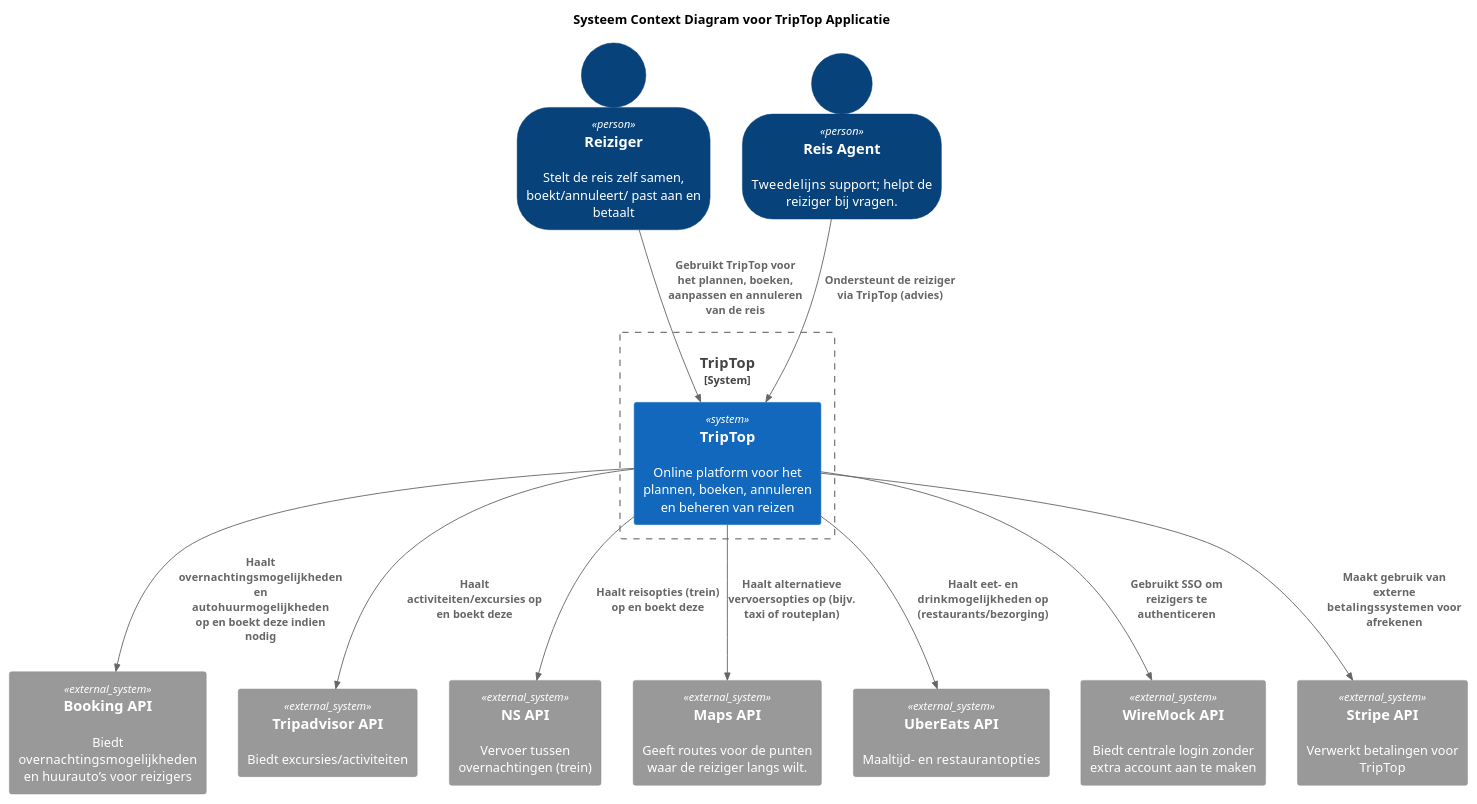
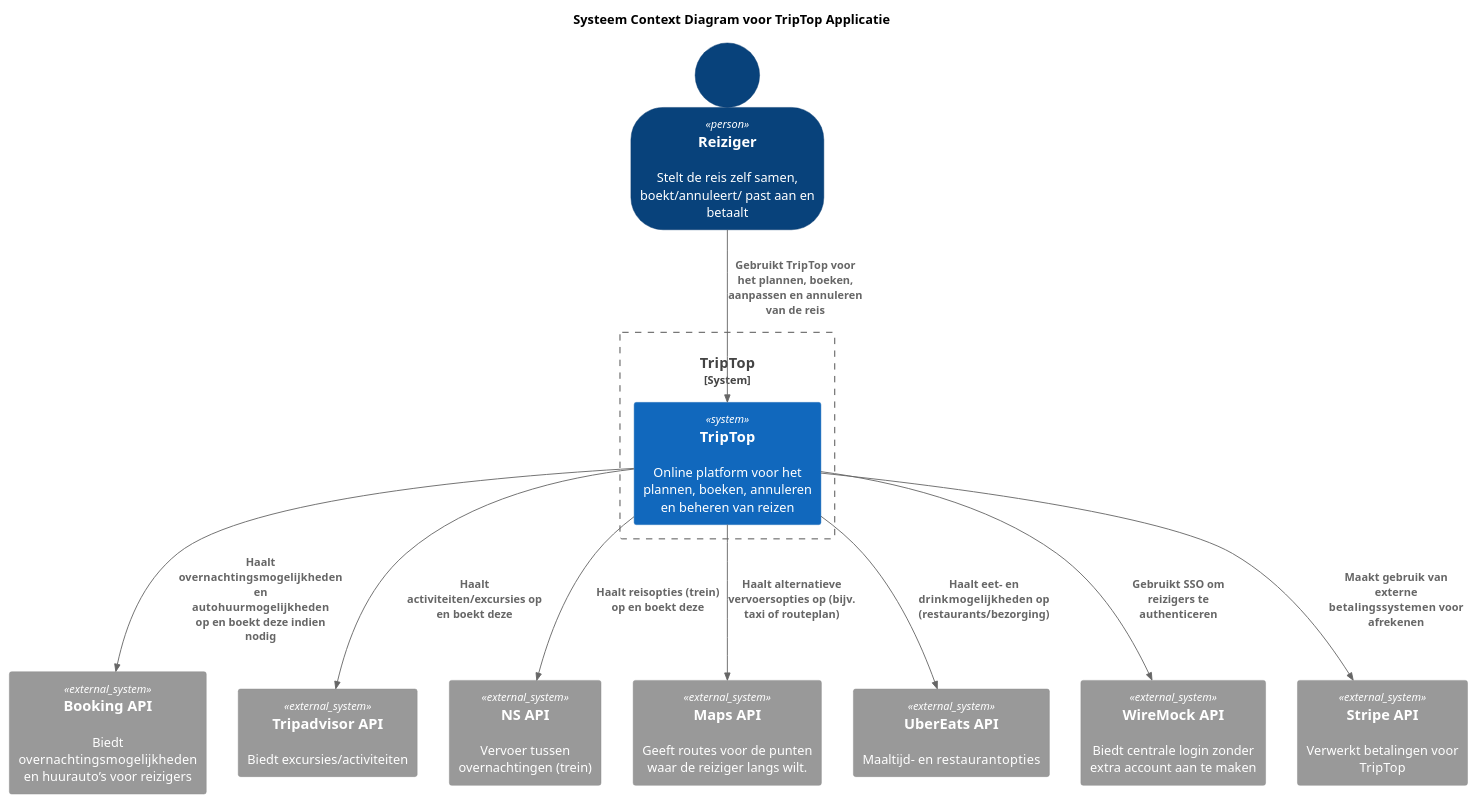
One commit to AIM-ENE-feb25/triptop-asas changed the diagram in software-guidebook/context-diagram.puml. Above: the diagram before and after it, drawn with PlantUML. The commit also changed 6 other files, not shown here.

Commit message:
diagrammen

```diff
--- a/software-guidebook/context-diagram.puml
+++ b/software-guidebook/context-diagram.puml
@@ -1,30 +1,28 @@
 @startuml
 !include https://raw.githubusercontent.com/plantuml-stdlib/C4-PlantUML/master/C4_Context.puml
 title Systeem Context Diagram voor TripTop Applicatie
 SHOW_PERSON_OUTLINE()
 Person(reiziger, "Reiziger", "Stelt de reis zelf samen, boekt/annuleert/ past aan en betaalt")
-Person(ondersteuner, "Reis Agent", "Tweede­lijns support; helpt de reiziger bij vragen.")
 System_Boundary("TripTop","TripTop"){
     System(triptop, "TripTop", "Online platform voor het plannen, boeken, annuleren en beheren van reizen")
 }
 System_Ext(booking, "Booking API", "Biedt overnachtings­mogelijkheden en huurauto’s voor reizigers")
 System_Ext(activiteiten, "Tripadvisor API", "Biedt excursies/activiteiten")
 System_Ext(vervoer1, "NS API", "Vervoer tussen overnachtingen (trein)")
 System_Ext(vervoer2, "Maps API", "Geeft routes voor de punten waar de reiziger langs wilt.")
 System_Ext(eten, "UberEats API", "Maaltijd- en restaurant­opties")
 
 System_Ext(identity, "WireMock API", "Biedt centrale login zonder extra account aan te maken")
 System_Ext(payment, "Stripe API", "Verwerkt betalingen voor TripTop")
 
 Rel(reiziger, triptop, "Gebruikt TripTop voor het plannen, boeken, aanpassen en annuleren van de reis")
-Rel(ondersteuner, triptop, "Ondersteunt de reiziger via TripTop (advies)")
 Rel(triptop, booking, "Haalt overnachtings­mogelijkheden en autohuur­mogelijkheden op en boekt deze indien nodig")
 Rel(triptop, activiteiten, "Haalt activiteiten/excursies op en boekt deze")
 Rel(triptop, vervoer1, "Haalt reisopties (trein) op en boekt deze")
 Rel(triptop, vervoer2, "Haalt alternatieve vervoersopties op (bijv. taxi of routeplan)")
 Rel(triptop, eten, "Haalt eet- en drink­mogelijkheden op (restaurants/bezorging)")
 
 Rel(triptop, identity, "Gebruikt SSO om reizigers te authenticeren")
 Rel(triptop, payment, "Maakt gebruik van externe betalings­systemen voor afrekenen")
 
 @enduml
```
